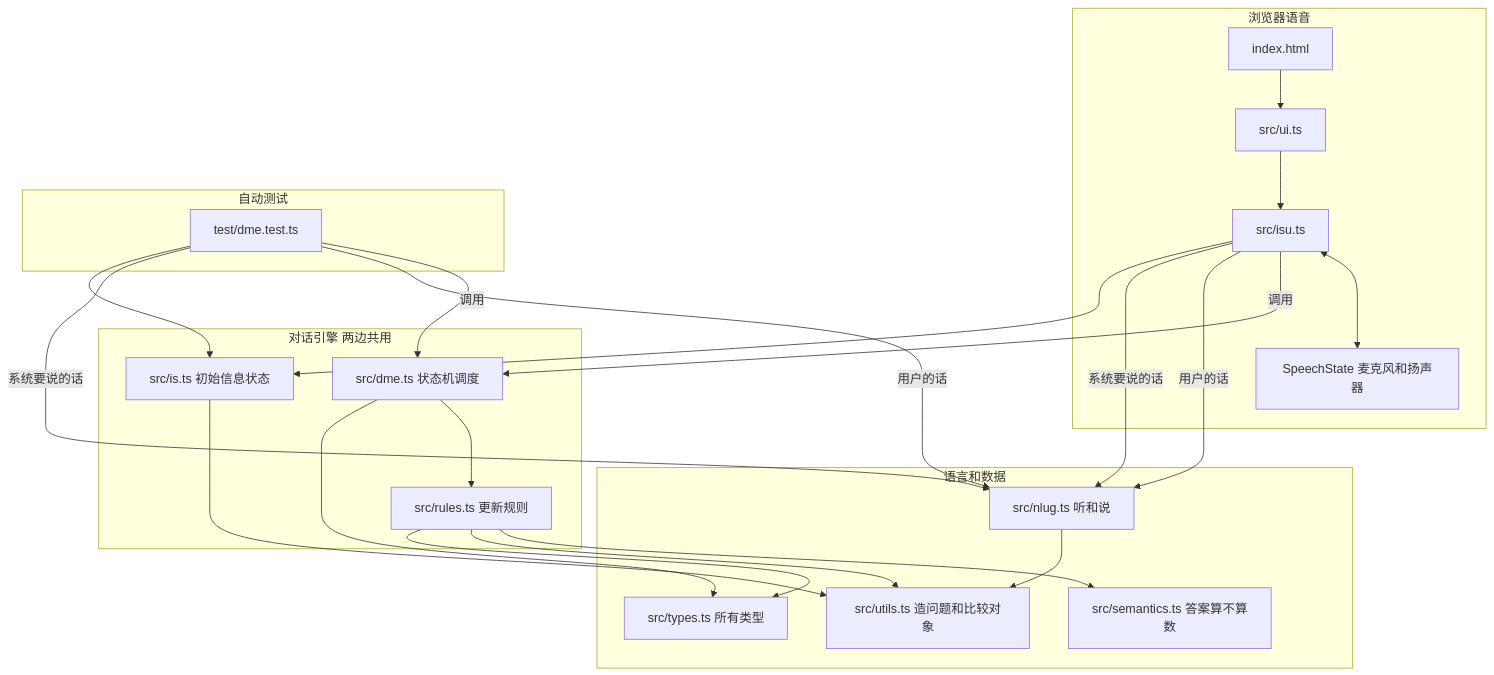
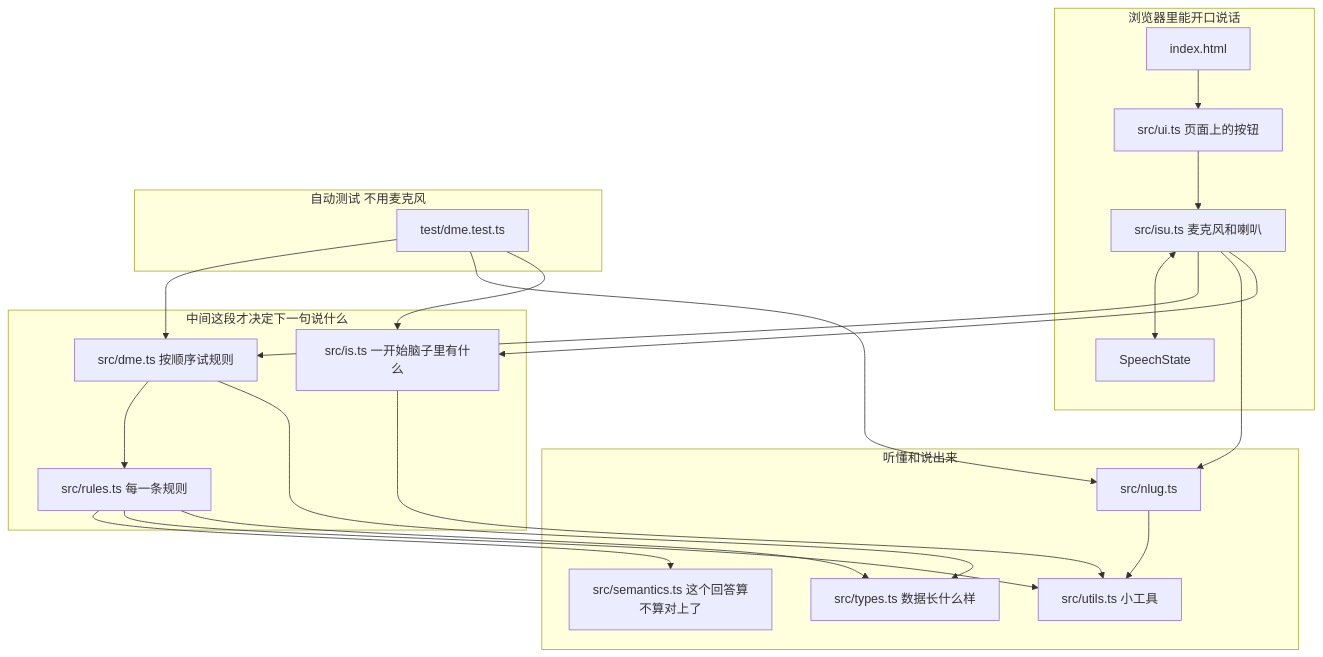
One commit to GU-CLASP/dialogue-systems-2-2026 changed the first of 5 diagrams in Docs/Lab2/README.md. Above: the diagram before and after it, drawn with Mermaid. The commit also changed other lines of this file and 11 other files, not shown here.

````diff
--- a/Docs/Lab2/README.md
+++ b/Docs/Lab2/README.md
@@ -11,44 +11,42 @@
 ```mermaid
 flowchart TB
-  subgraph browser [浏览器语音]
+  subgraph browser [浏览器里能开口说话]
     html[index.html]
-    ui[src/ui.ts]
-    isu[src/isu.ts]
-    speech[SpeechState 麦克风和扬声器]
+    ui[src/ui.ts 页面上的按钮]
+    isu[src/isu.ts 麦克风和喇叭]
+    speech[SpeechState]
     html --> ui --> isu
     isu <--> speech
   end
 
-  subgraph test [自动测试]
+  subgraph test [自动测试 不用麦克风]
     spec[test/dme.test.ts]
   end
 
-  subgraph engine [对话引擎 两边共用]
-    dme[src/dme.ts 状态机调度]
-    rules[src/rules.ts 更新规则]
-    is0[src/is.ts 初始信息状态]
+  subgraph engine [中间这段才决定下一句说什么]
+    dme[src/dme.ts 按顺序试规则]
+    rules[src/rules.ts 每一条规则]
+    is0[src/is.ts 一开始脑子里有什么]
     dme --> rules
   end
 
-  subgraph language [语言和数据]
-    nlug[src/nlug.ts 听和说]
-    sem[src/semantics.ts 答案算不算数]
-    util[src/utils.ts 造问题和比较对象]
-    types[src/types.ts 所有类型]
+  subgraph language [听懂和说出来]
+    nlug[src/nlug.ts]
+    sem[src/semantics.ts 这个回答算不算对上了]
+    util[src/utils.ts 小工具]
+    types[src/types.ts 数据长什么样]
   end
 
-  isu -->|调用| dme
-  isu -->|用户的话| nlug
-  isu -->|系统要说的话| nlug
-  spec -->|调用| dme
-  spec -->|用户的话| nlug
-  spec -->|系统要说的话| nlug
+  isu --> dme
+  isu --> nlug
+  spec --> dme
+  spec --> nlug
   isu --> is0
   spec --> is0
   rules --> sem
   rules --> util
   is0 --> util
   nlug --> util
   dme --> types
   rules --> types
 ```
````
